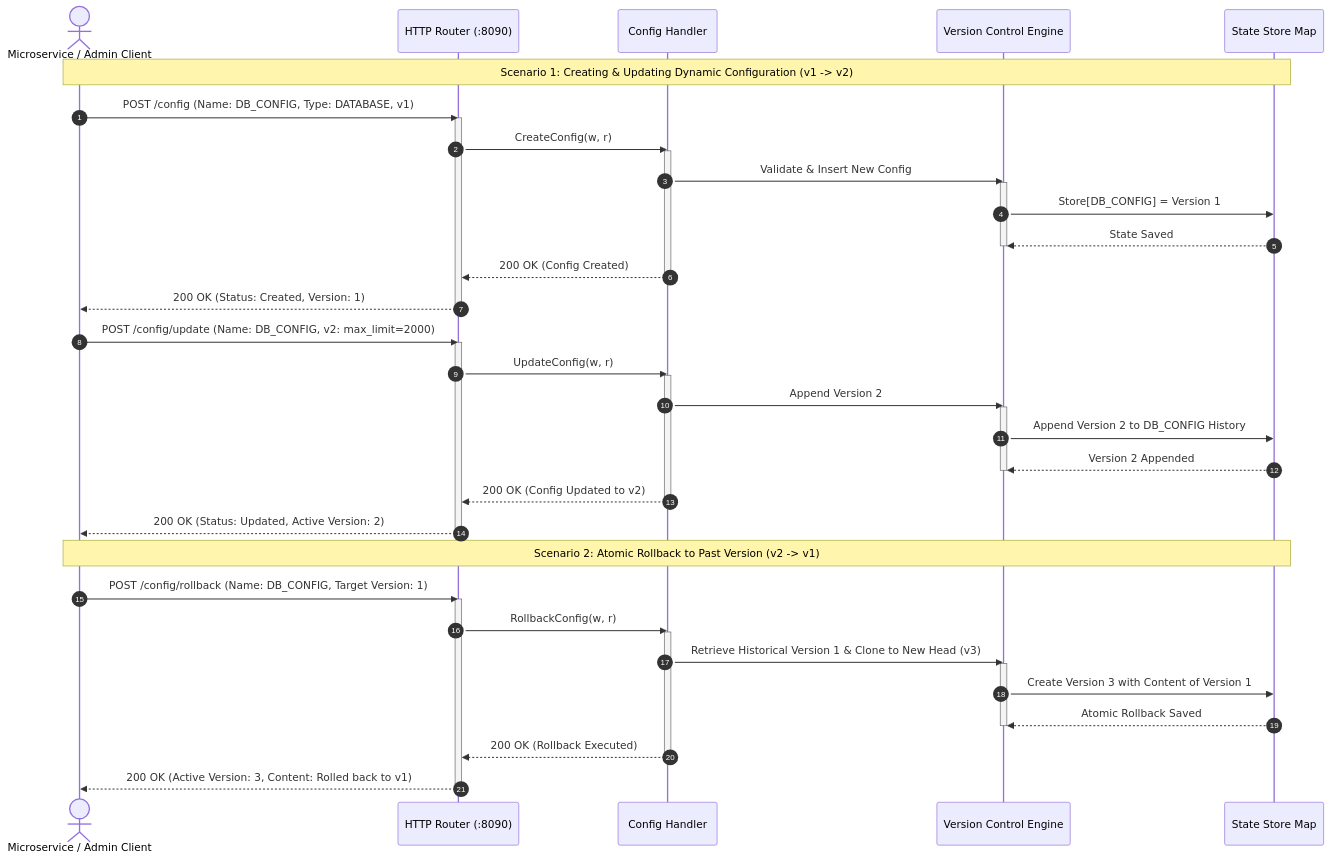
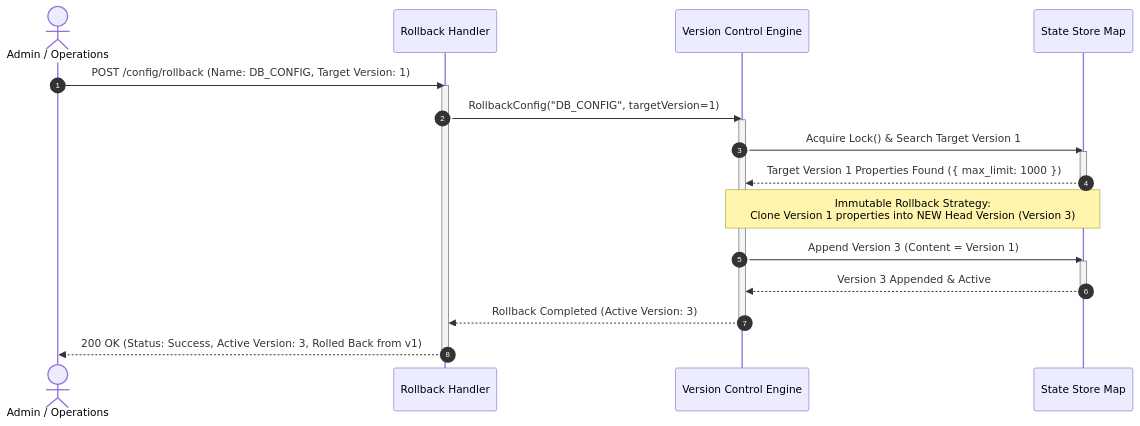
The third of 3 diagrams in README.md (goesbams/config-management-service), drawn with Mermaid before and after one commit. The commit also changed other lines of this file, not shown here.

Commit message:
docs: add detailed Fetch Flow and Rollback Flow Mermaid sequence diagrams

````diff
--- a/README.md
+++ b/README.md
@@ -33,53 +73,28 @@
 ```mermaid
 sequenceDiagram
     autonumber
-    actor Client as Microservice / Admin Client
-    participant Router as HTTP Router (:8090)
-    participant Handler as Config Handler
+    actor Client as Admin / Operations
+    participant Handler as Rollback Handler
     participant Engine as Version Control Engine
     participant Store as State Store Map
 
-    note over Client,Store: Scenario 1: Creating & Updating Dynamic Configuration (v1 -> v2)
-    Client->>Router: POST /config (Name: DB_CONFIG, Type: DATABASE, v1)
-    activate Router
-    Router->>Handler: CreateConfig(w, r)
+    Client->>Handler: POST /config/rollback (Name: DB_CONFIG, Target Version: 1)
     activate Handler
-    Handler->>Engine: Validate & Insert New Config
+    Handler->>Engine: RollbackConfig("DB_CONFIG", targetVersion=1)
     activate Engine
-    Engine->>Store: Store[DB_CONFIG] = Version 1
-    Store-->>Engine: State Saved
+    Engine->>Store: Acquire Lock() & Search Target Version 1
+    activate Store
+    Store-->>Engine: Target Version 1 Properties Found ({ max_limit: 1000 })
+    deactivate Store
+    
+    note over Engine,Store: Immutable Rollback Strategy:<br/>Clone Version 1 properties into NEW Head Version (Version 3)
+    Engine->>Store: Append Version 3 (Content = Version 1)
+    activate Store
+    Store-->>Engine: Version 3 Appended & Active
+    deactivate Store
+
+    Engine-->>Handler: Rollback Completed (Active Version: 3)
     deactivate Engine
-    Handler-->>Router: 200 OK (Config Created)
+    Handler-->>Client: 200 OK (Status: Success, Active Version: 3, Rolled Back from v1)
     deactivate Handler
-    Router-->>Client: 200 OK (Status: Created, Version: 1)
-    deactivate Router
-
-    Client->>Router: POST /config/update (Name: DB_CONFIG, v2: max_limit=2000)
-    activate Router
-    Router->>Handler: UpdateConfig(w, r)
-    activate Handler
-    Handler->>Engine: Append Version 2
-    activate Engine
-    Engine->>Store: Append Version 2 to DB_CONFIG History
-    Store-->>Engine: Version 2 Appended
-    deactivate Engine
-    Handler-->>Router: 200 OK (Config Updated to v2)
-    deactivate Handler
-    Router-->>Client: 200 OK (Status: Updated, Active Version: 2)
-    deactivate Router
-
-    note over Client,Store: Scenario 2: Atomic Rollback to Past Version (v2 -> v1)
-    Client->>Router: POST /config/rollback (Name: DB_CONFIG, Target Version: 1)
-    activate Router
-    Router->>Handler: RollbackConfig(w, r)
-    activate Handler
-    Handler->>Engine: Retrieve Historical Version 1 & Clone to New Head (v3)
-    activate Engine
-    Engine->>Store: Create Version 3 with Content of Version 1
-    Store-->>Engine: Atomic Rollback Saved
-    deactivate Engine
-    Handler-->>Router: 200 OK (Rollback Executed)
-    deactivate Handler
-    Router-->>Client: 200 OK (Active Version: 3, Content: Rolled back to v1)
-    deactivate Router
 ```
````
